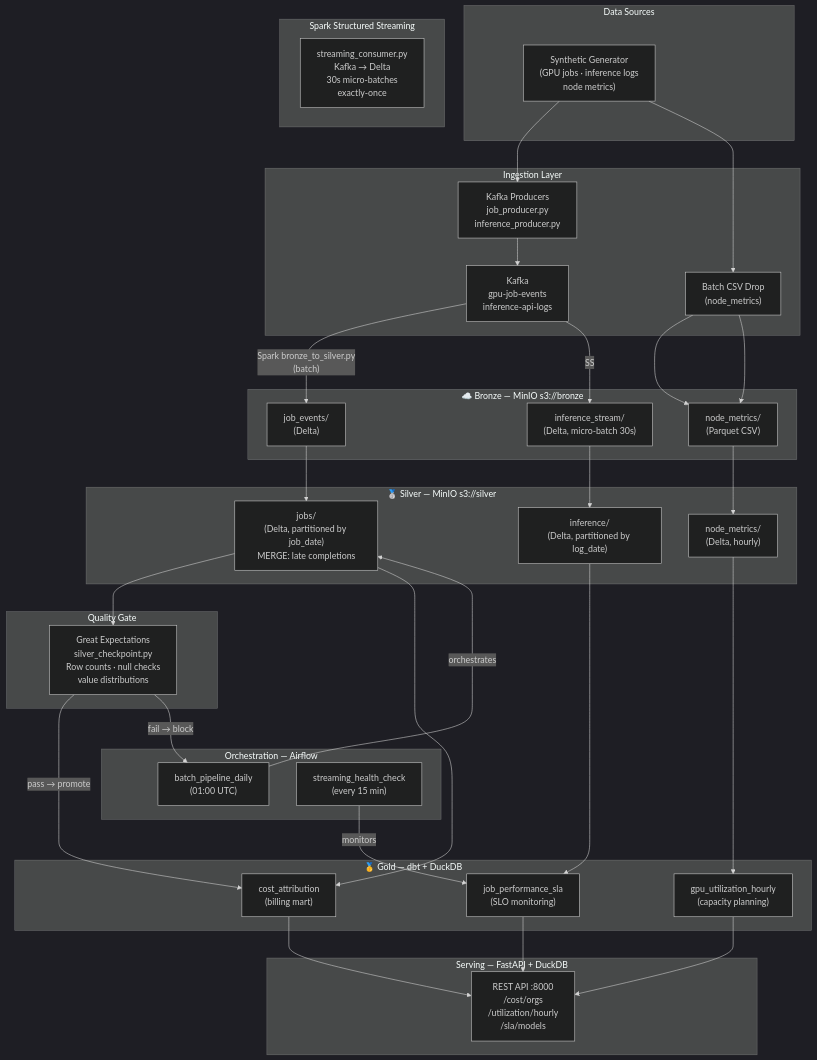
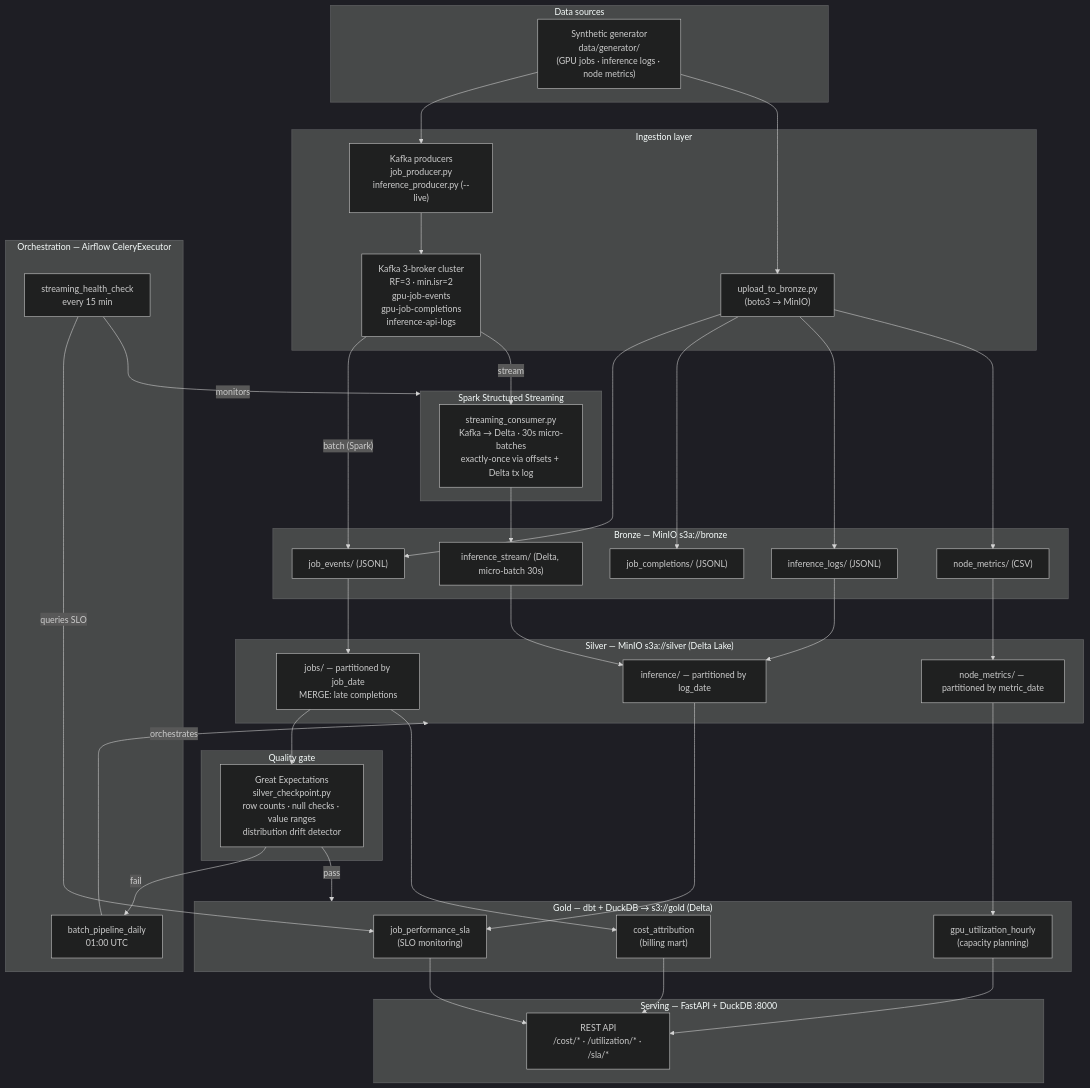
One commit to ranranrunforit/Data-Platform changed the diagram in docs/architecture.md. Above: the diagram before and after it, drawn with Mermaid (dark theme). The commit also changed other lines of this file and 14 other files, not shown here.

````diff
--- a/docs/architecture.md
+++ b/docs/architecture.md
@@ -5,73 +5,76 @@
 ```mermaid
 flowchart TD
-    subgraph Sources["Data Sources"]
-        GEN["Synthetic Generator\n(GPU jobs · inference logs\nnode metrics)"]
+    subgraph Sources["Data sources"]
+        GEN["Synthetic generator<br/>data/generator/<br/>(GPU jobs · inference logs · node metrics)"]
     end
 
-    subgraph Ingestion["Ingestion Layer"]
-        KP["Kafka Producers\njob_producer.py\ninference_producer.py"]
-        KC["Kafka\ngpu-job-events\ninference-api-logs"]
-        BATCH["Batch CSV Drop\n(node_metrics)"]
+    subgraph Ingestion["Ingestion layer"]
+        KP["Kafka producers<br/>job_producer.py<br/>inference_producer.py (--live)"]
+        UPLOAD["upload_to_bronze.py<br/>(boto3 → MinIO)"]
+        KC["Kafka 3-broker cluster<br/>RF=3 · min.isr=2<br/>gpu-job-events<br/>gpu-job-completions<br/>inference-api-logs"]
     end
 
-    subgraph Bronze["☁️ Bronze — MinIO s3://bronze"]
-        B1["job_events/\n(Delta)"]
-        B2["inference_stream/\n(Delta, micro-batch 30s)"]
-        B3["node_metrics/\n(Parquet CSV)"]
+    subgraph Bronze["Bronze — MinIO s3a://bronze"]
+        B1["job_events/ (JSONL)"]
+        B2["job_completions/ (JSONL)"]
+        B3["inference_logs/ (JSONL)"]
+        B4["inference_stream/ (Delta, micro-batch 30s)"]
+        B5["node_metrics/ (CSV)"]
     end
 
-    subgraph Silver["🥈 Silver — MinIO s3://silver"]
-        S1["jobs/\n(Delta, partitioned by job_date)\nMERGE: late completions"]
-        S2["inference/\n(Delta, partitioned by log_date)"]
-        S3["node_metrics/\n(Delta, hourly)"]
+    subgraph Silver["Silver — MinIO s3a://silver (Delta Lake)"]
+        S1["jobs/ — partitioned by job_date<br/>MERGE: late completions"]
+        S2["inference/ — partitioned by log_date"]
+        S3["node_metrics/ — partitioned by metric_date"]
     end
 
-    subgraph Quality["Quality Gate"]
-        GX["Great Expectations\nsilver_checkpoint.py\nRow counts · null checks\nvalue distributions"]
+    subgraph Quality["Quality gate"]
+        GX["Great Expectations<br/>silver_checkpoint.py<br/>row counts · null checks · value ranges<br/>distribution drift detector"]
     end
 
-    subgraph Gold["🥇 Gold — dbt + DuckDB"]
-        G1["cost_attribution\n(billing mart)"]
-        G2["gpu_utilization_hourly\n(capacity planning)"]
-        G3["job_performance_sla\n(SLO monitoring)"]
+    subgraph Gold["Gold — dbt + DuckDB → s3://gold (Delta)"]
+        G1["cost_attribution<br/>(billing mart)"]
+        G2["gpu_utilization_hourly<br/>(capacity planning)"]
+        G3["job_performance_sla<br/>(SLO monitoring)"]
     end
 
-    subgraph Orchestration["Orchestration — Airflow"]
-        DAG1["batch_pipeline_daily\n(01:00 UTC)"]
-        DAG2["streaming_health_check\n(every 15 min)"]
+    subgraph Orchestration["Orchestration — Airflow CeleryExecutor"]
+        DAG1["batch_pipeline_daily<br/>01:00 UTC"]
+        DAG2["streaming_health_check<br/>every 15 min"]
     end
 
-    subgraph Serving["Serving — FastAPI + DuckDB"]
-        API["REST API :8000\n/cost/orgs\n/utilization/hourly\n/sla/models"]
+    subgraph Serving["Serving — FastAPI + DuckDB :8000"]
+        API["REST API<br/>/cost/* · /utilization/* · /sla/*"]
     end
 
     subgraph Streaming["Spark Structured Streaming"]
-        SS["streaming_consumer.py\nKafka → Delta\n30s micro-batches\nexactly-once"]
+        SS["streaming_consumer.py<br/>Kafka → Delta · 30s micro-batches<br/>exactly-once via offsets + Delta tx log"]
     end
 
     GEN --> KP --> KC
-    GEN --> BATCH --> B3
+    GEN --> UPLOAD --> B1 & B2 & B3 & B5
 
-    KC -->|"Spark bronze_to_silver.py\n(batch)"| B1
-    KC -->|SS| B2
-    BATCH --> B3
+    KC -->|"batch (Spark)"| B1
+    KC -->|"stream"| SS --> B4
 
     B1 --> S1
-    B2 --> S2
-    B3 --> S3
+    B3 --> S2
+    B4 --> S2
+    B5 --> S3
 
     S1 --> GX
-    GX -->|"pass → promote"| G1
-    GX -->|"fail → block"| DAG1
+    GX -->|pass| Gold
+    GX -->|fail| DAG1
 
     S1 --> G1
     S2 --> G3
     S3 --> G2
 
     G1 --> API
     G2 --> API
     G3 --> API
 
-    DAG1 -->|"orchestrates"| S1
-    DAG2 -->|"monitors"| G3
+    DAG1 -->|orchestrates| Silver
+    DAG2 -->|monitors| Streaming
+    DAG2 -->|queries SLO| G3
 ```
````
